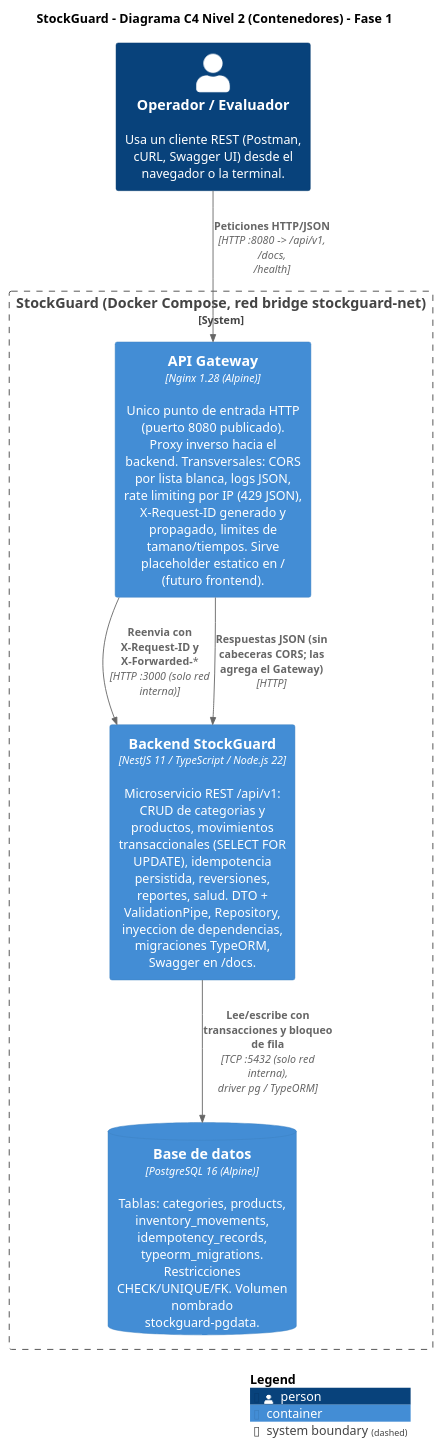
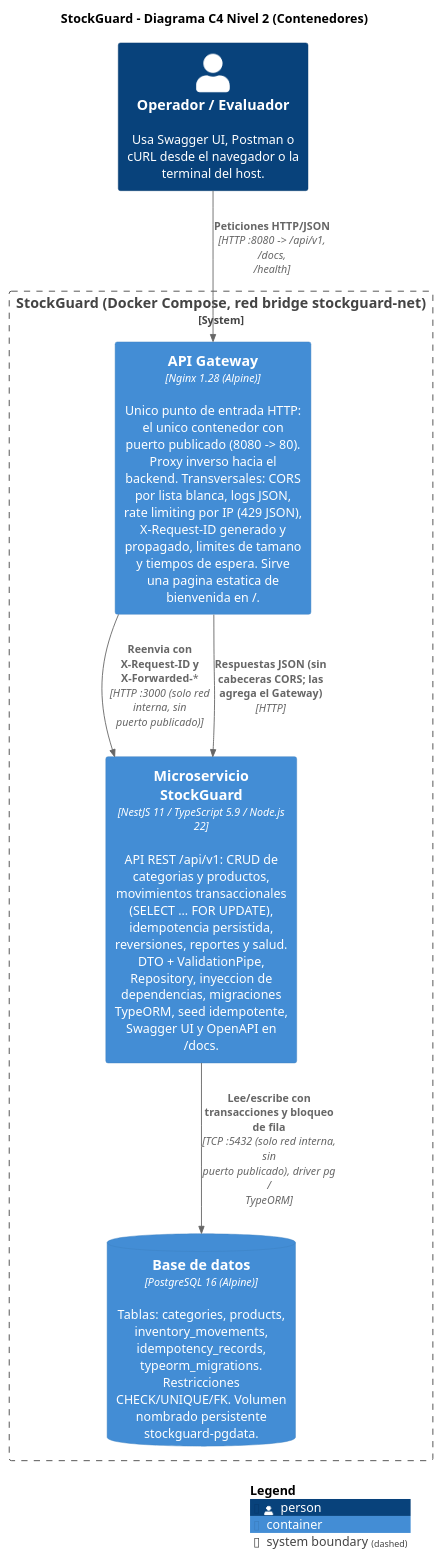
One commit to gonzaloapaza-creator/segundo_examen_Web2 changed the diagram in docs/diagrams/c4-level2-containers.puml. Above: the diagram before and after it, drawn with PlantUML. The commit also changed 21 other files, not shown here.

```diff
--- a/docs/diagrams/c4-level2-containers.puml
+++ b/docs/diagrams/c4-level2-containers.puml
@@ -1,21 +1,21 @@
 @startuml c4-level2-containers
 !include https://raw.githubusercontent.com/plantuml-stdlib/C4-PlantUML/master/C4_Container.puml
 
-title StockGuard - Diagrama C4 Nivel 2 (Contenedores) - Fase 1
+title StockGuard - Diagrama C4 Nivel 2 (Contenedores)
 
-Person(operator, "Operador / Evaluador", "Usa un cliente REST (Postman, cURL, Swagger UI) desde el navegador o la terminal.")
+Person(operator, "Operador / Evaluador", "Usa Swagger UI, Postman o cURL desde el navegador o la terminal del host.")
 
 System_Boundary(stockguard, "StockGuard (Docker Compose, red bridge stockguard-net)") {
-    Container(gateway, "API Gateway", "Nginx 1.28 (Alpine)", "Unico punto de entrada HTTP (puerto 8080 publicado). Proxy inverso hacia el backend. Transversales: CORS por lista blanca, logs JSON, rate limiting por IP (429 JSON), X-Request-ID generado y propagado, limites de tamano/tiempos. Sirve placeholder estatico en / (futuro frontend).")
-    Container(backend, "Backend StockGuard", "NestJS 11 / TypeScript / Node.js 22", "Microservicio REST /api/v1: CRUD de categorias y productos, movimientos transaccionales (SELECT FOR UPDATE), idempotencia persistida, reversiones, reportes, salud. DTO + ValidationPipe, Repository, inyeccion de dependencias, migraciones TypeORM, Swagger en /docs.")
-    ContainerDb(db, "Base de datos", "PostgreSQL 16 (Alpine)", "Tablas: categories, products, inventory_movements, idempotency_records, typeorm_migrations. Restricciones CHECK/UNIQUE/FK. Volumen nombrado stockguard-pgdata.")
+    Container(gateway, "API Gateway", "Nginx 1.28 (Alpine)", "Unico punto de entrada HTTP: el unico contenedor con puerto publicado (8080 -> 80). Proxy inverso hacia el backend. Transversales: CORS por lista blanca, logs JSON, rate limiting por IP (429 JSON), X-Request-ID generado y propagado, limites de tamano y tiempos de espera. Sirve una pagina estatica de bienvenida en /.")
+    Container(backend, "Microservicio StockGuard", "NestJS 11 / TypeScript 5.9 / Node.js 22", "API REST /api/v1: CRUD de categorias y productos, movimientos transaccionales (SELECT ... FOR UPDATE), idempotencia persistida, reversiones, reportes y salud. DTO + ValidationPipe, Repository, inyeccion de dependencias, migraciones TypeORM, seed idempotente, Swagger UI y OpenAPI en /docs.")
+    ContainerDb(db, "Base de datos", "PostgreSQL 16 (Alpine)", "Tablas: categories, products, inventory_movements, idempotency_records, typeorm_migrations. Restricciones CHECK/UNIQUE/FK. Volumen nombrado persistente stockguard-pgdata.")
 }
 
 Rel(operator, gateway, "Peticiones HTTP/JSON", "HTTP :8080 -> /api/v1, /docs, /health")
-Rel(gateway, backend, "Reenvia con X-Request-ID y X-Forwarded-*", "HTTP :3000 (solo red interna)")
-Rel(backend, db, "Lee/escribe con transacciones y bloqueo de fila", "TCP :5432 (solo red interna), driver pg / TypeORM")
+Rel(gateway, backend, "Reenvia con X-Request-ID y X-Forwarded-*", "HTTP :3000 (solo red interna, sin puerto publicado)")
+Rel(backend, db, "Lee/escribe con transacciones y bloqueo de fila", "TCP :5432 (solo red interna, sin puerto publicado), driver pg / TypeORM")
 
 Rel_Back(backend, gateway, "Respuestas JSON (sin cabeceras CORS; las agrega el Gateway)", "HTTP")
 
 SHOW_LEGEND()
 @enduml
```
